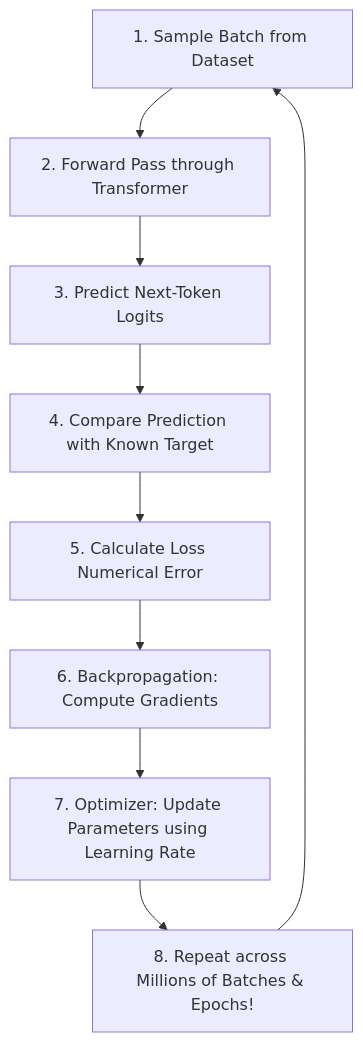
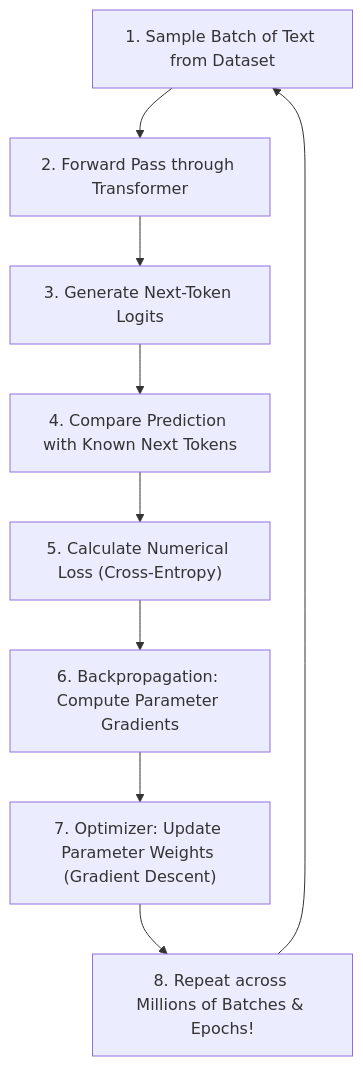
One commit to Nishant8826/theory-leaning changed the second of 2 diagrams in Nameste-AI/Season_01/06_Sharpening_the_Brain.md. Above: the diagram before and after it, drawn with Mermaid. The commit also changed other lines of this file and 8 other files, not shown here.

````diff
--- a/Nameste-AI/Season_01/06_Sharpening_the_Brain.md
+++ b/Nameste-AI/Season_01/06_Sharpening_the_Brain.md
@@ -174,11 +190,11 @@
 ```mermaid
 flowchart TD
-    A[1. Sample Batch from Dataset] --> B[2. Forward Pass through Transformer]
-    B --> C[3. Predict Next-Token Logits]
-    C --> D[4. Compare Prediction with Known Target]
-    D --> E[5. Calculate Loss Numerical Error]
-    E --> F[6. Backpropagation: Compute Gradients]
-    F --> G[7. Optimizer: Update Parameters using Learning Rate]
-    G --> H[8. Repeat across Millions of Batches & Epochs!]
+    A["1. Sample Batch of Text from Dataset"] --> B["2. Forward Pass through Transformer"]
+    B --> C["3. Generate Next-Token Logits"]
+    C --> D["4. Compare Prediction with Known Next Tokens"]
+    D --> E["5. Calculate Numerical Loss (Cross-Entropy)"]
+    E --> F["6. Backpropagation: Compute Parameter Gradients"]
+    F --> G["7. Optimizer: Update Parameter Weights (Gradient Descent)"]
+    G --> H["8. Repeat across Millions of Batches & Epochs!"]
     H --> A
 ```
````
